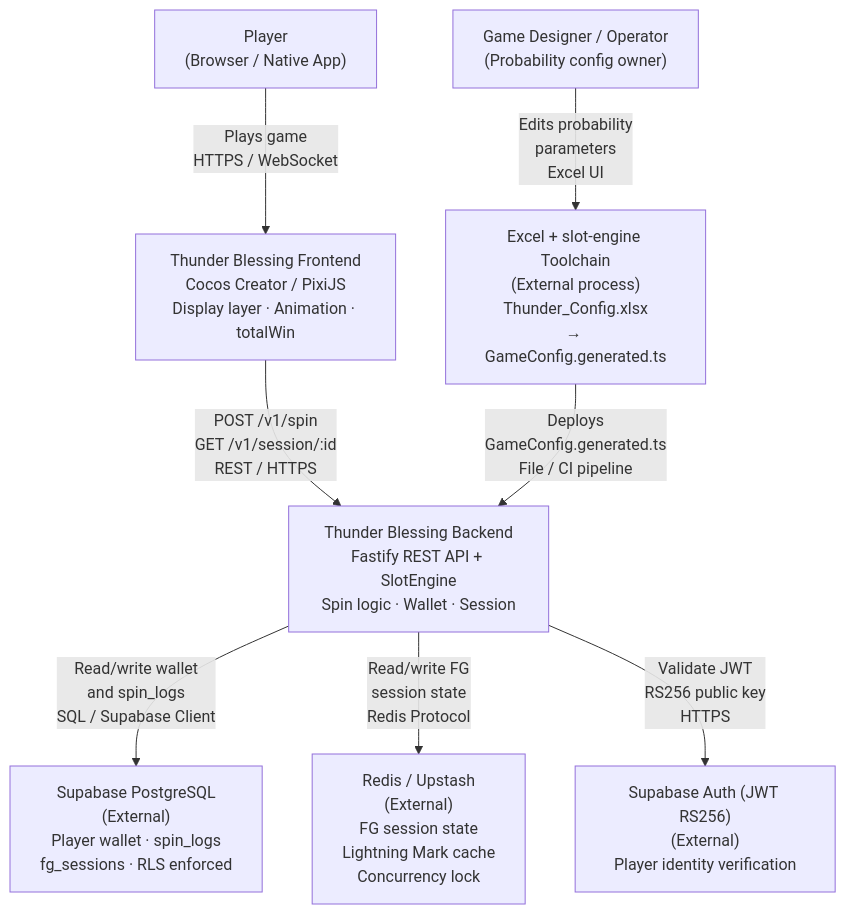
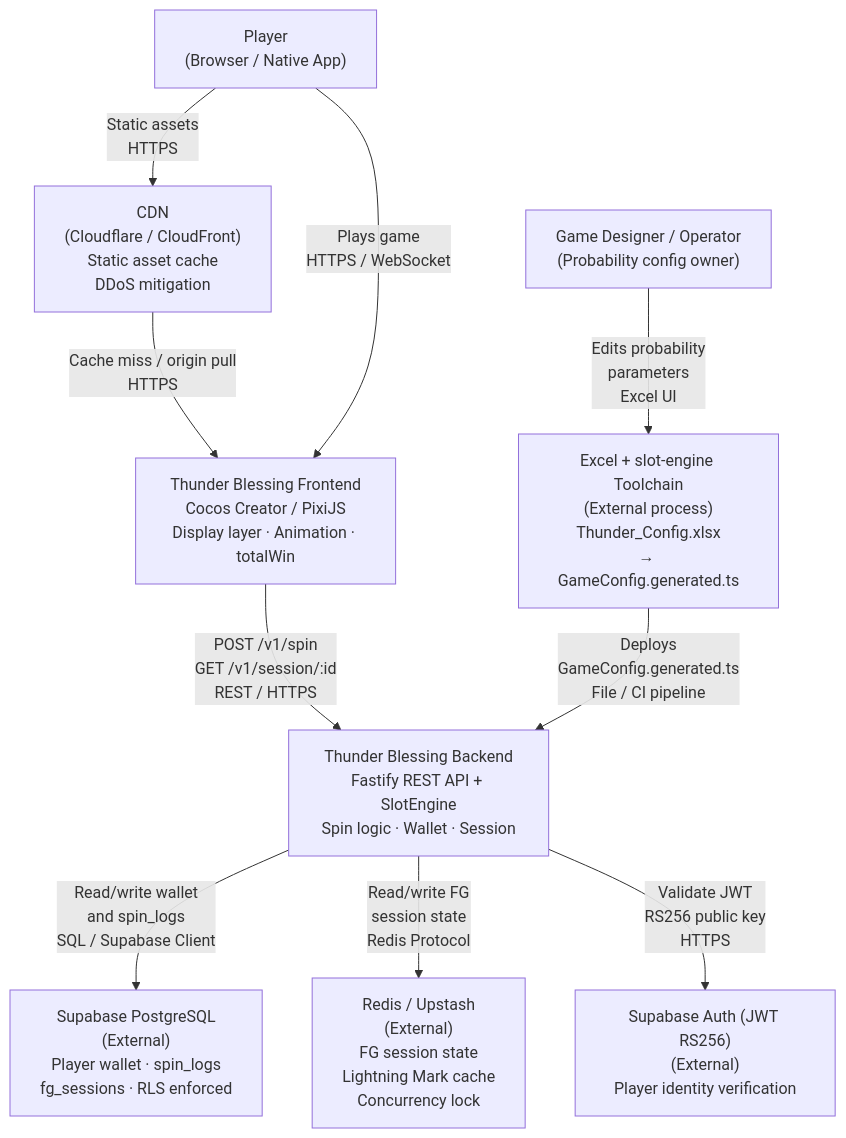
The first of 7 diagrams in docs/ARCH.md (ibalasite/slot), drawn with Mermaid before and after one commit. The commit also changed other lines of this file, not shown here.

````diff
--- a/docs/ARCH.md
+++ b/docs/ARCH.md
@@ -344,21 +346,24 @@
 ```mermaid
 graph TD
     Player["Player\n(Browser / Native App)"]
     Operator["Game Designer / Operator\n(Probability config owner)"]
 
+    CDN["CDN\n(Cloudflare / CloudFront)\nStatic asset cache\nDDoS mitigation"]
     TB_Backend["Thunder Blessing Backend\nFastify REST API + SlotEngine\nSpin logic · Wallet · Session"]
     TB_Frontend["Thunder Blessing Frontend\nCocos Creator / PixiJS\nDisplay layer · Animation · totalWin"]
 
     Supabase_DB["Supabase PostgreSQL\n(External)\nPlayer wallet · spin_logs\nfg_sessions · RLS enforced"]
     Redis["Redis / Upstash\n(External)\nFG session state\nLightning Mark cache\nConcurrency lock"]
     Supabase_Auth["Supabase Auth (JWT RS256)\n(External)\nPlayer identity verification"]
     Excel_Toolchain["Excel + slot-engine Toolchain\n(External process)\nThunder_Config.xlsx\n→ GameConfig.generated.ts"]
 
+    Player -->|"Static assets\nHTTPS"| CDN
+    CDN -->|"Cache miss / origin pull\nHTTPS"| TB_Frontend
     Player -->|"Plays game\nHTTPS / WebSocket"| TB_Frontend
     TB_Frontend -->|"POST /v1/spin\nGET /v1/session/:id\nREST / HTTPS"| TB_Backend
     TB_Backend -->|"Read/write wallet\nand spin_logs\nSQL / Supabase Client"| Supabase_DB
     TB_Backend -->|"Read/write FG\nsession state\nRedis Protocol"| Redis
     TB_Backend -->|"Validate JWT\nRS256 public key\nHTTPS"| Supabase_Auth
     Operator -->|"Edits probability\nparameters\nExcel UI"| Excel_Toolchain
     Excel_Toolchain -->|"Deploys\nGameConfig.generated.ts\nFile / CI pipeline"| TB_Backend
 ```
````
